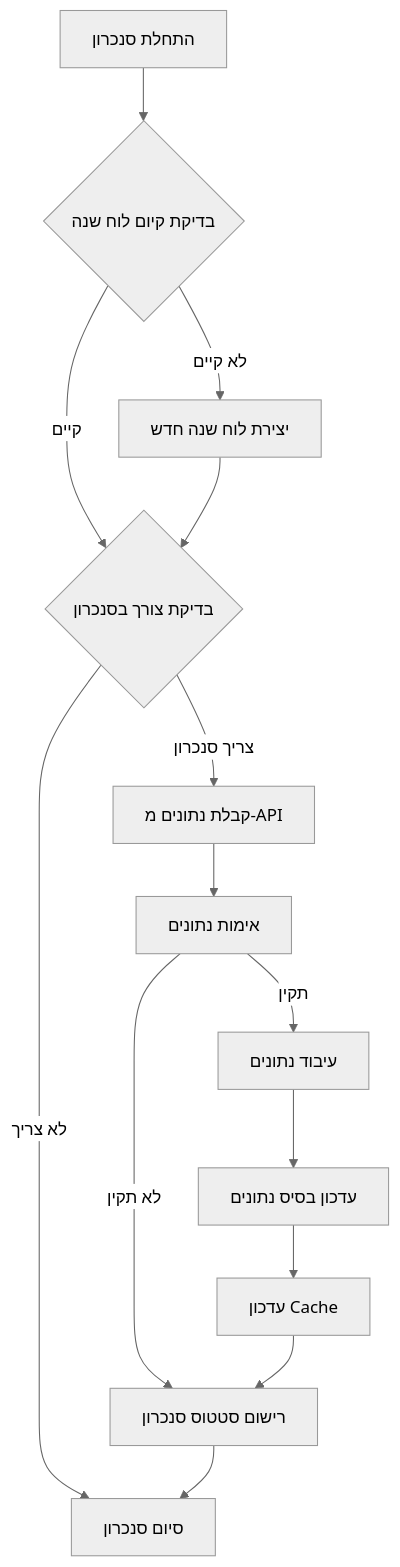
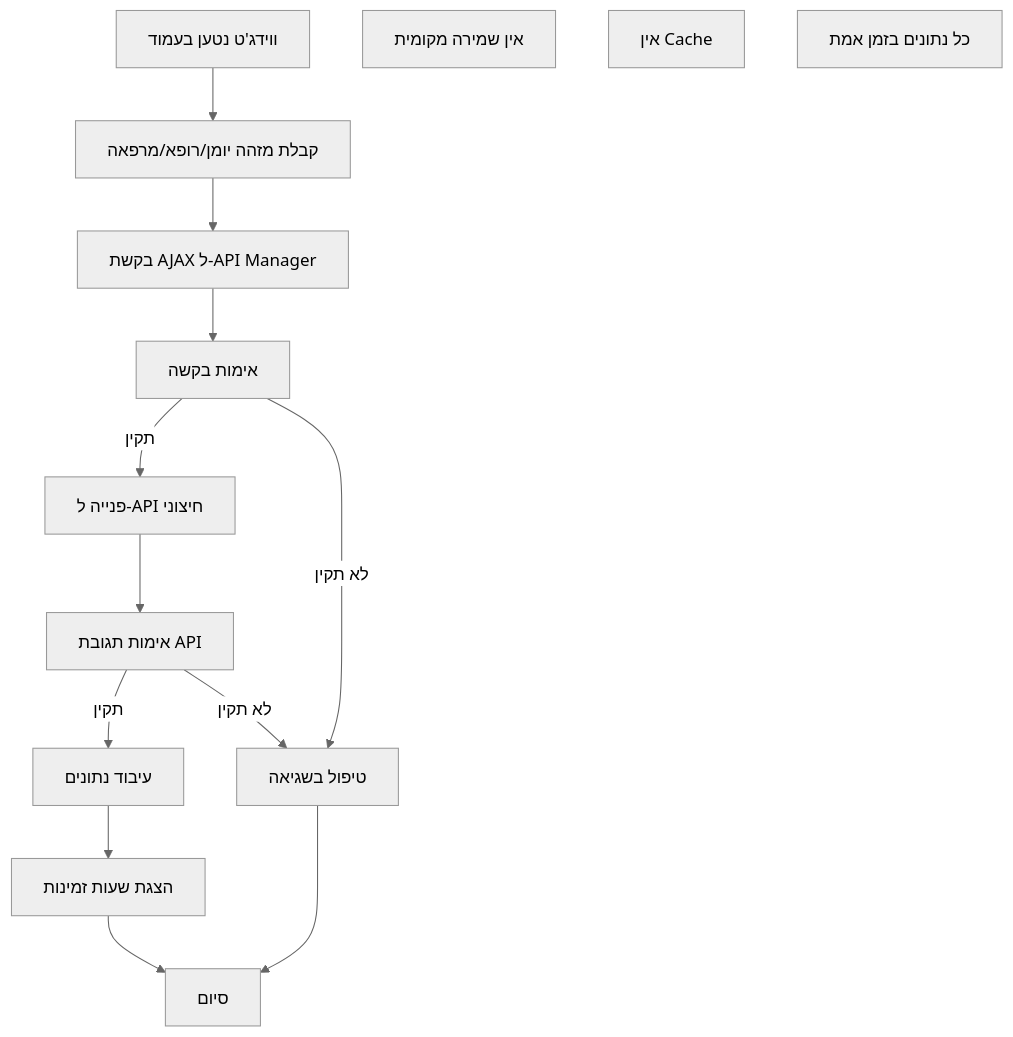
One commit to OrielBenMoshe/clinic-queue-management changed the third of 8 diagrams in docs/DETAILED_FLOW.md. Above: the diagram before and after it, drawn with Mermaid (neutral theme). The commit also changed other lines of this file and 78 other files, not shown here.

````diff
--- a/docs/DETAILED_FLOW.md
+++ b/docs/DETAILED_FLOW.md
@@ -133,28 +111,29 @@
 ```mermaid
 flowchart TD
-    START[התחלת סנכרון]
-    CHECK_CALENDAR{בדיקת קיום לוח שנה}
-    CREATE_CALENDAR[יצירת לוח שנה חדש]
-    CHECK_SYNC{בדיקת צורך בסנכרון}
-    FETCH_DATA[קבלת נתונים מ-API]
-    VALIDATE_DATA[אימות נתונים]
+    START[ווידג'ט נטען בעמוד]
+    GET_ID[קבלת מזהה יומן/רופא/מרפאה]
+    AJAX_REQUEST[בקשת AJAX ל-API Manager]
+    VALIDATE_REQUEST[אימות בקשה]
+    FETCH_API[פנייה ל-API חיצוני]
+    VALIDATE_RESPONSE[אימות תגובת API]
     PROCESS_DATA[עיבוד נתונים]
-    UPDATE_DB[עדכון בסיס נתונים]
-    UPDATE_CACHE[עדכון Cache]
-    LOG_SYNC[רישום סטטוס סנכרון]
-    END[סיום סנכרון]
+    DISPLAY[הצגת שעות זמינות]
+    ERROR[טיפול בשגיאה]
+    END[סיום]
     
-    START --> CHECK_CALENDAR
-    CHECK_CALENDAR -->|לא קיים| CREATE_CALENDAR
-    CHECK_CALENDAR -->|קיים| CHECK_SYNC
-    CREATE_CALENDAR --> CHECK_SYNC
-    CHECK_SYNC -->|צריך סנכרון| FETCH_DATA
-    CHECK_SYNC -->|לא צריך| END
-    FETCH_DATA --> VALIDATE_DATA
-    VALIDATE_DATA -->|תקין| PROCESS_DATA
-    VALIDATE_DATA -->|לא תקין| LOG_SYNC
-    PROCESS_DATA --> UPDATE_DB
-    UPDATE_DB --> UPDATE_CACHE
-    UPDATE_CACHE --> LOG_SYNC
-    LOG_SYNC --> END
+    START --> GET_ID
+    GET_ID --> AJAX_REQUEST
+    AJAX_REQUEST --> VALIDATE_REQUEST
+    VALIDATE_REQUEST -->|תקין| FETCH_API
+    VALIDATE_REQUEST -->|לא תקין| ERROR
+    FETCH_API --> VALIDATE_RESPONSE
+    VALIDATE_RESPONSE -->|תקין| PROCESS_DATA
+    VALIDATE_RESPONSE -->|לא תקין| ERROR
+    PROCESS_DATA --> DISPLAY
+    DISPLAY --> END
+    ERROR --> END
+    
+    Note1[אין שמירה מקומית]
+    Note2[אין Cache]
+    Note3[כל נתונים בזמן אמת]
 ```
````
